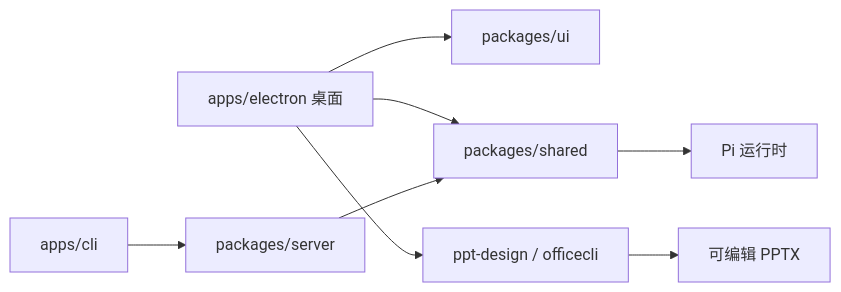
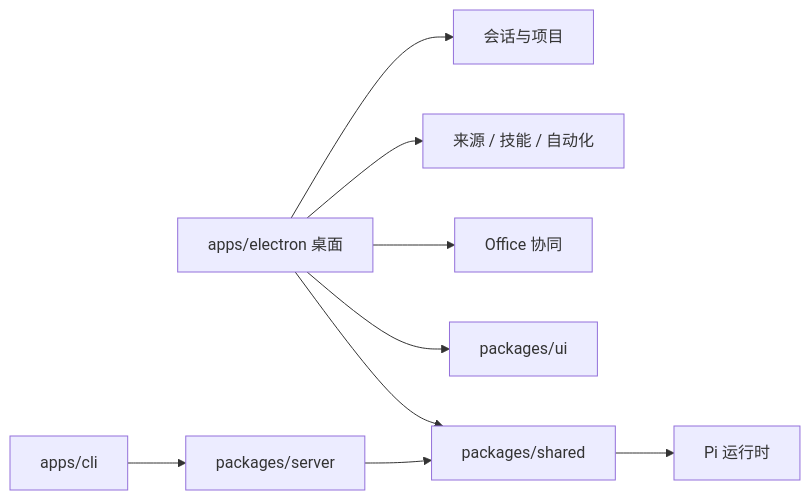
One commit to 0-CHENAI/Selection changed the diagram in README.md. Above: the diagram before and after it, drawn with Mermaid. The commit also changed other lines of this file, not shown here.

First line of the commit message:
（文档）README 改回桌面多智能体会话，PPT 降为一种模式

````diff
--- a/README.md
+++ b/README.md
@@ -309,19 +272,21 @@
 ```mermaid
 flowchart LR
   desktop["apps/electron 桌面"]
+  sessions["会话与项目"]
+  sources["来源 / 技能 / 自动化"]
+  office["Office 协同"]
   ui["packages/ui"]
   shared["packages/shared"]
   pi["Pi 运行时"]
-  skills["ppt-design / officecli"]
-  pptx["可编辑 PPTX"]
   server["packages/server"]
   cli["apps/cli"]
 
+  desktop --> sessions
+  desktop --> sources
+  desktop --> office
   desktop --> ui
   desktop --> shared
-  desktop --> skills
   shared --> pi
-  skills --> pptx
   cli --> server
   server --> shared
 ```
````
